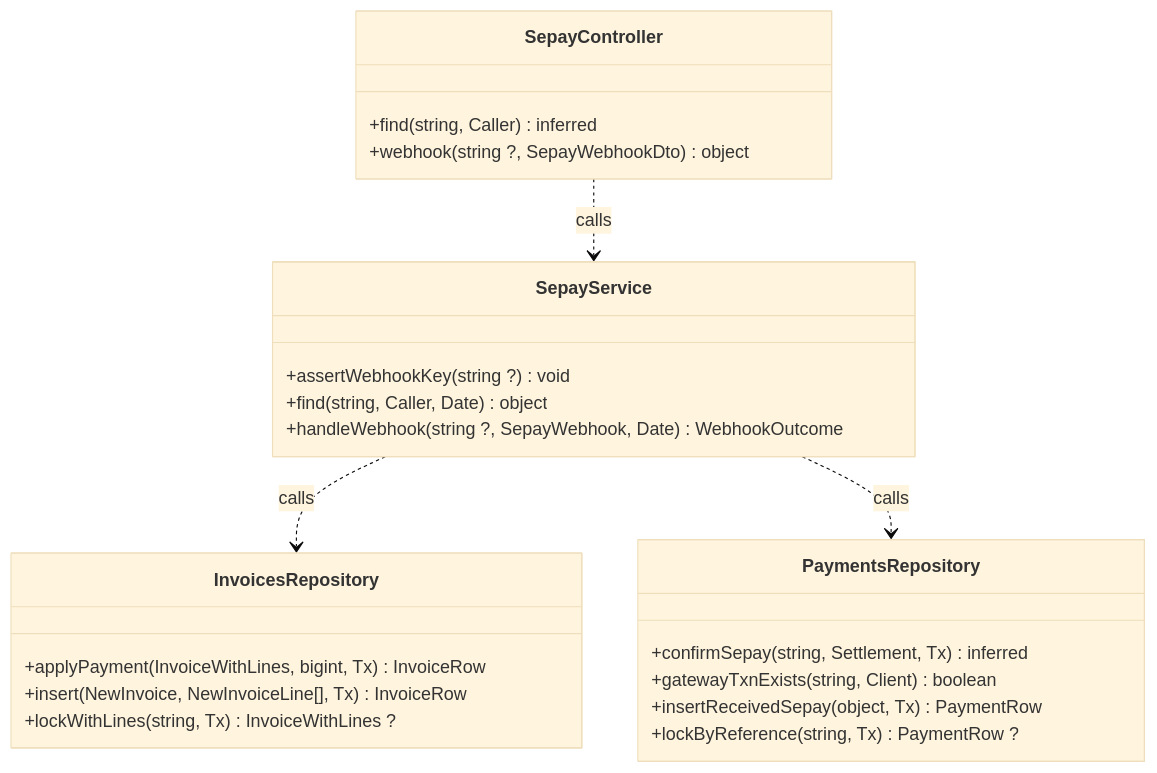
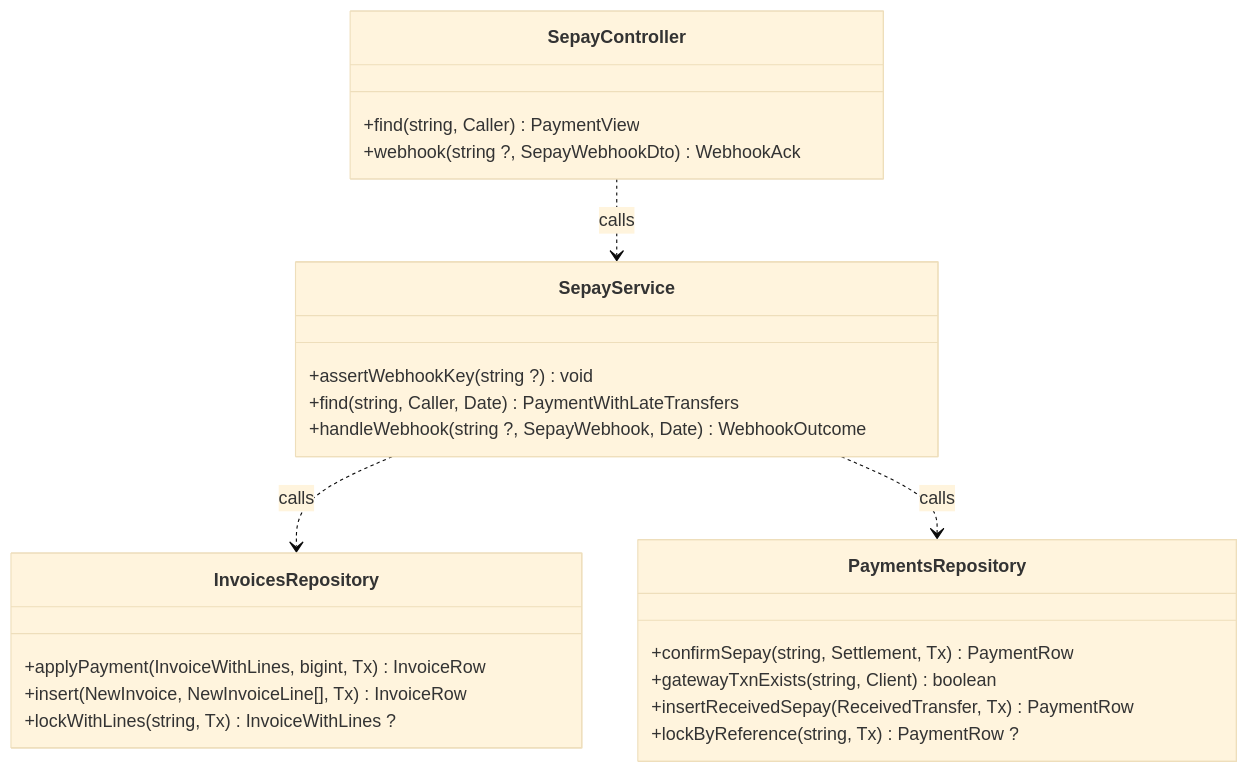
Before and after one commit to TrekLink-Team/treklink-web: the fifth of 17 diagrams in specs/billing/design.md, drawn with Mermaid (base theme). The commit also changed other lines of this file and 2 other files, not shown here.

````diff
--- a/specs/billing/design.md
+++ b/specs/billing/design.md
@@ -256,27 +256,27 @@
 ```mermaid
 classDiagram
     direction TB
     class SepayController {
-        +find(string, Caller) inferred
-        +webhook(string ?, SepayWebhookDto) object
+        +find(string, Caller) PaymentView
+        +webhook(string ?, SepayWebhookDto) WebhookAck
     }
     class SepayService {
         +assertWebhookKey(string ?) void
-        +find(string, Caller, Date) object
+        +find(string, Caller, Date) PaymentWithLateTransfers
         +handleWebhook(string ?, SepayWebhook, Date) WebhookOutcome
     }
     class PaymentsRepository {
-        +confirmSepay(string, Settlement, Tx) inferred
+        +confirmSepay(string, Settlement, Tx) PaymentRow
         +gatewayTxnExists(string, Client) boolean
-        +insertReceivedSepay(object, Tx) PaymentRow
+        +insertReceivedSepay(ReceivedTransfer, Tx) PaymentRow
         +lockByReference(string, Tx) PaymentRow ?
     }
     class InvoicesRepository {
         +applyPayment(InvoiceWithLines, bigint, Tx) InvoiceRow
         +insert(NewInvoice, NewInvoiceLine[], Tx) InvoiceRow
         +lockWithLines(string, Tx) InvoiceWithLines ?
     }
     SepayController ..> SepayService : calls
     SepayService ..> InvoicesRepository : calls
     SepayService ..> PaymentsRepository : calls
 ```
````
